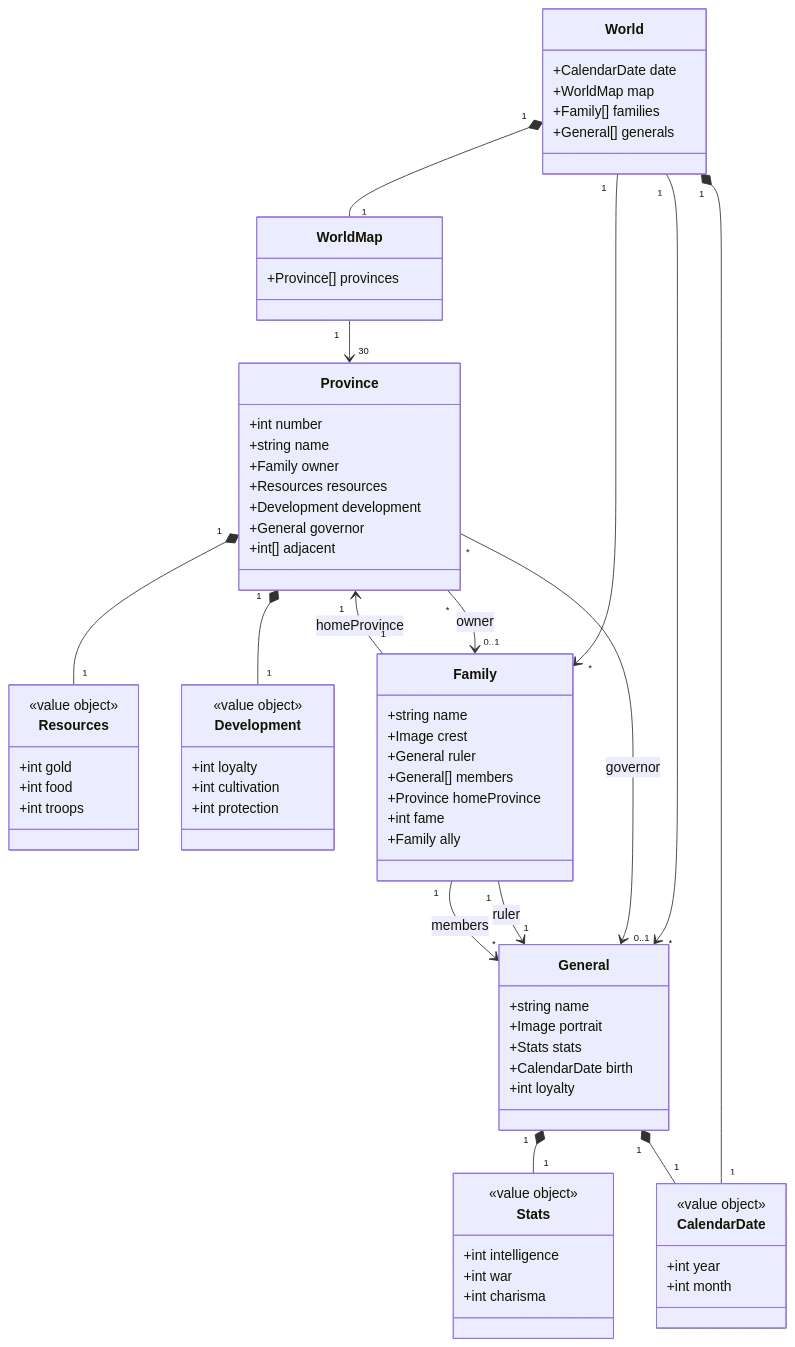
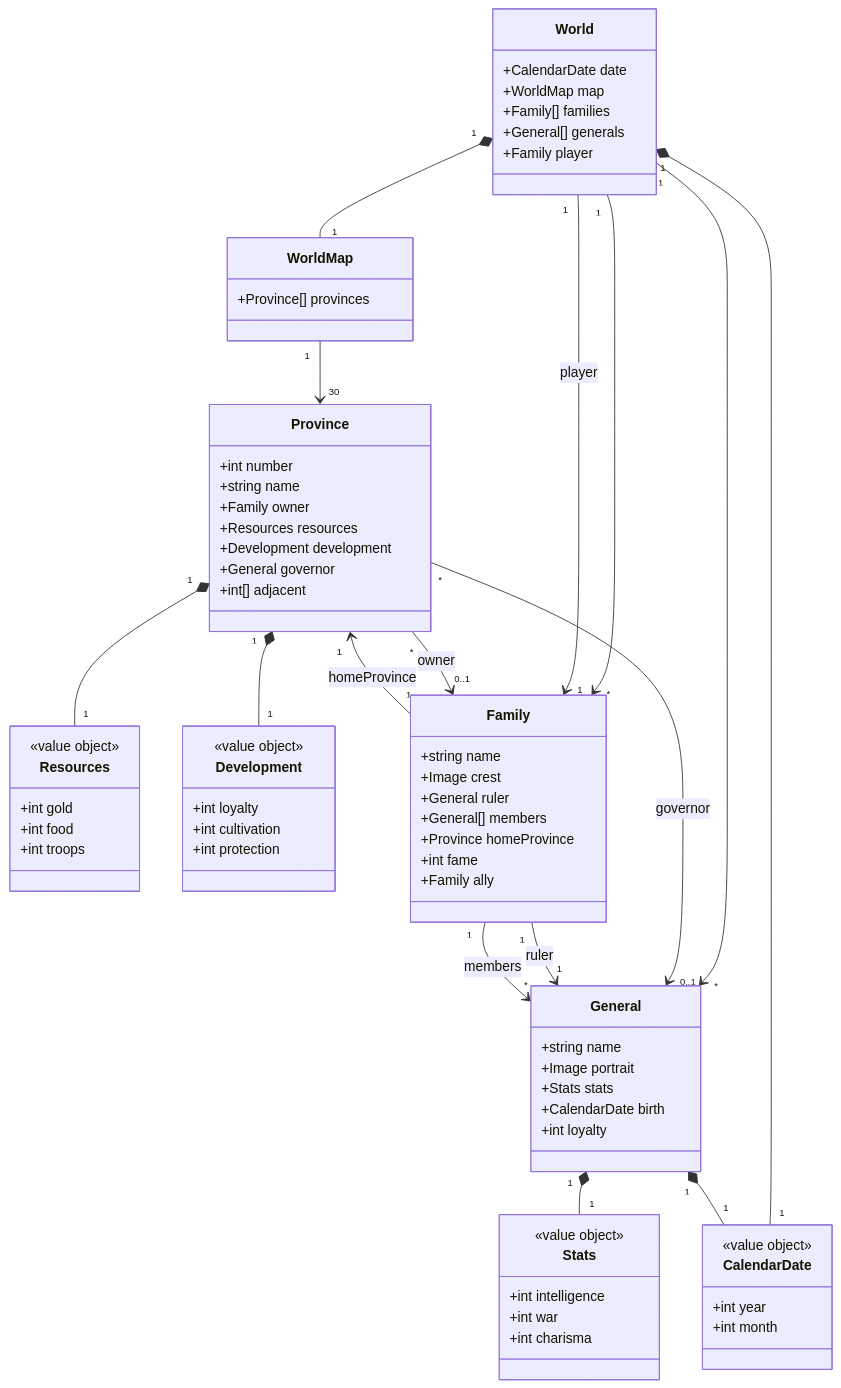
One commit to pslotinsky/kunstkamera changed the second of 2 diagrams in gemfire/docs/design/01-global-map.md. Above: the diagram before and after it, drawn with Mermaid. The commit also changed other lines of this file and 1 other file, not shown here.

````diff
--- a/gemfire/docs/design/01-global-map.md
+++ b/gemfire/docs/design/01-global-map.md
@@ -91,74 +118,76 @@
 ```mermaid
 classDiagram
   class World {
     +CalendarDate date
     +WorldMap map
     +Family[] families
     +General[] generals
+    +Family player
   }
   class WorldMap {
     +Province[] provinces
   }
   class CalendarDate {
     <<value object>>
     +int year
     +int month
   }
   class Province {
     +int number
     +string name
     +Family owner
     +Resources resources
     +Development development
     +General governor
     +int[] adjacent
   }
   class Resources {
     <<value object>>
     +int gold
     +int food
     +int troops
   }
   class Development {
     <<value object>>
     +int loyalty
     +int cultivation
     +int protection
   }
   class Family {
     +string name
     +Image crest
     +General ruler
     +General[] members
     +Province homeProvince
     +int fame
     +Family ally
   }
   class General {
     +string name
     +Image portrait
     +Stats stats
     +CalendarDate birth
     +int loyalty
   }
   class Stats {
     <<value object>>
     +int intelligence
     +int war
     +int charisma
   }
   World "1" *-- "1" WorldMap
   World "1" --> "*" Family
   World "1" --> "*" General
+  World "1" --> "1" Family : player
   World "1" *-- "1" CalendarDate
   WorldMap "1" --> "30" Province
   Province "*" --> "0..1" Family : owner
   Province "*" --> "0..1" General : governor
   Province "1" *-- "1" Resources
   Province "1" *-- "1" Development
   General "1" *-- "1" Stats
   General "1" *-- "1" CalendarDate
   Family "1" --> "1" General : ruler
   Family "1" --> "*" General : members
   Family "1" --> "1" Province : homeProvince
 ```
````
